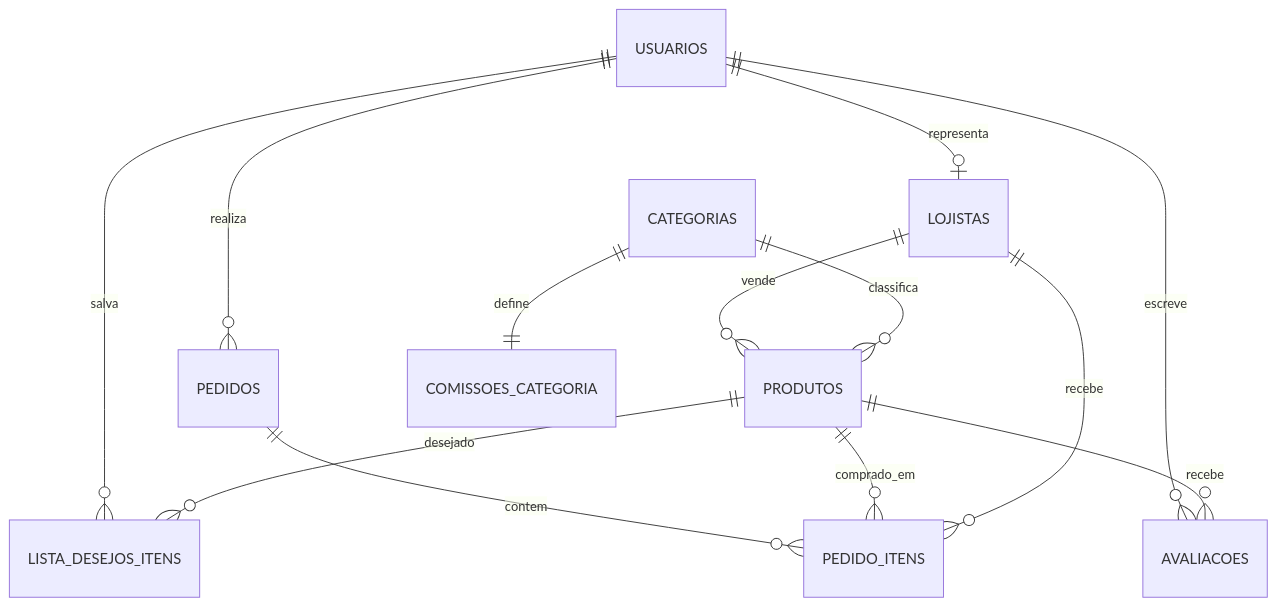
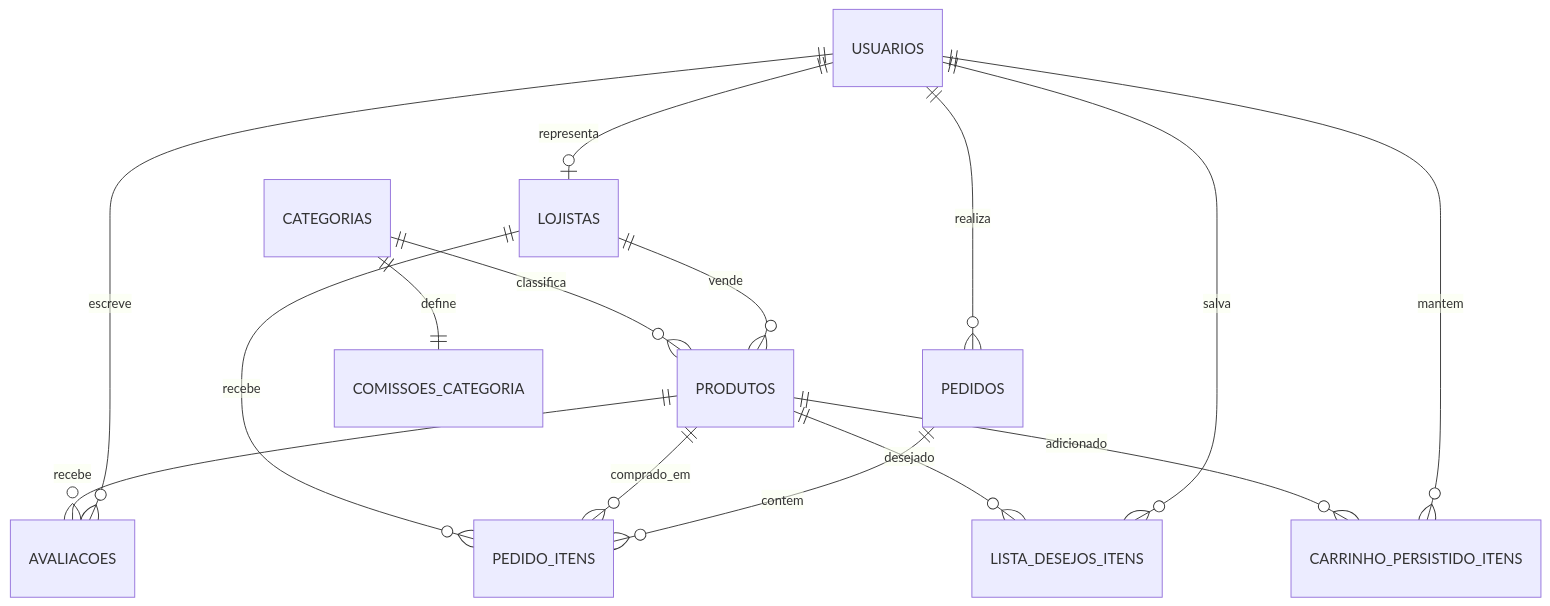
Before and after one commit to EduardoSilvaNegreiros/TrabalhoFaculdade5Semestre2026: the diagram in docs/Entrega 3/relatorio-entrega-3.md, drawn with Mermaid. The commit also changed other lines of this file and 45 other files, not shown here.

````diff
--- a/docs/Entrega 3/relatorio-entrega-3.md
+++ b/docs/Entrega 3/relatorio-entrega-3.md
@@ -128,15 +132,17 @@
 ```mermaid
 erDiagram
     USUARIOS ||--o{ PEDIDOS : realiza
     USUARIOS ||--o{ AVALIACOES : escreve
     USUARIOS ||--o{ LISTA_DESEJOS_ITENS : salva
+    USUARIOS ||--o{ CARRINHO_PERSISTIDO_ITENS : mantem
     USUARIOS ||--o| LOJISTAS : representa
     LOJISTAS ||--o{ PRODUTOS : vende
     CATEGORIAS ||--o{ PRODUTOS : classifica
     CATEGORIAS ||--|| COMISSOES_CATEGORIA : define
     PEDIDOS ||--o{ PEDIDO_ITENS : contem
     PRODUTOS ||--o{ PEDIDO_ITENS : comprado_em
     LOJISTAS ||--o{ PEDIDO_ITENS : recebe
     PRODUTOS ||--o{ AVALIACOES : recebe
     PRODUTOS ||--o{ LISTA_DESEJOS_ITENS : desejado
+    PRODUTOS ||--o{ CARRINHO_PERSISTIDO_ITENS : adicionado
 ```
````
